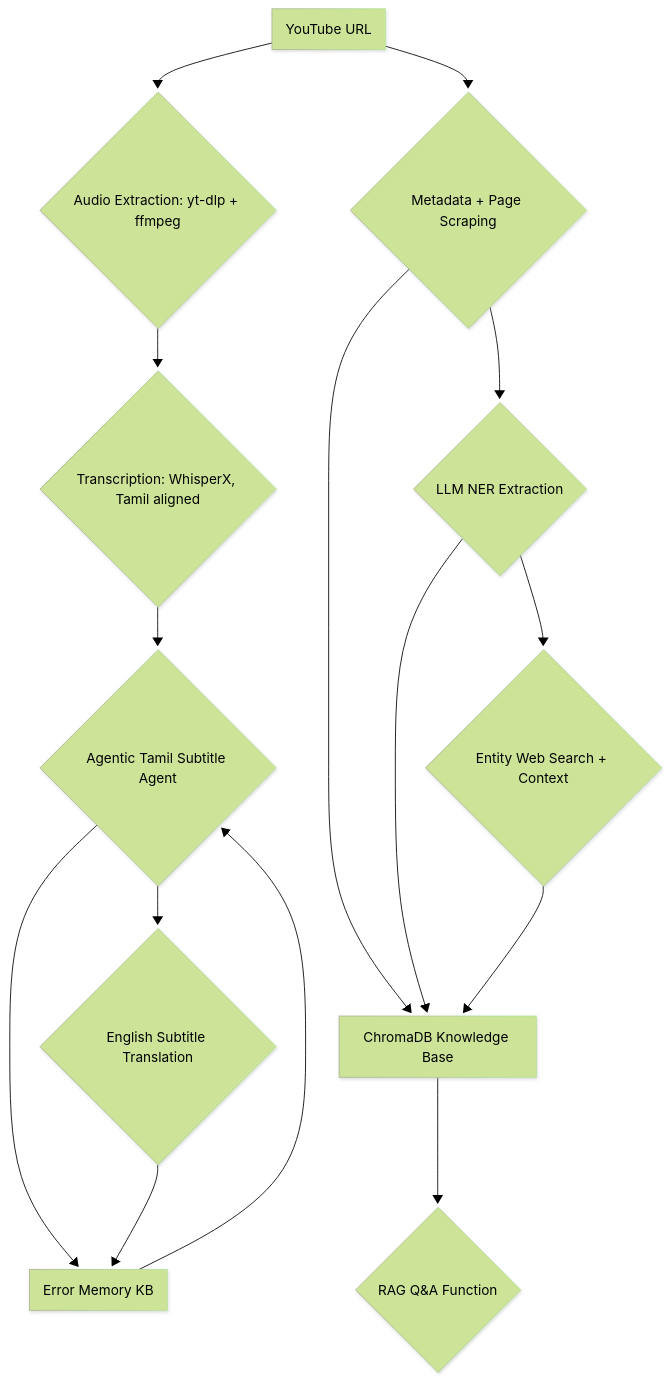
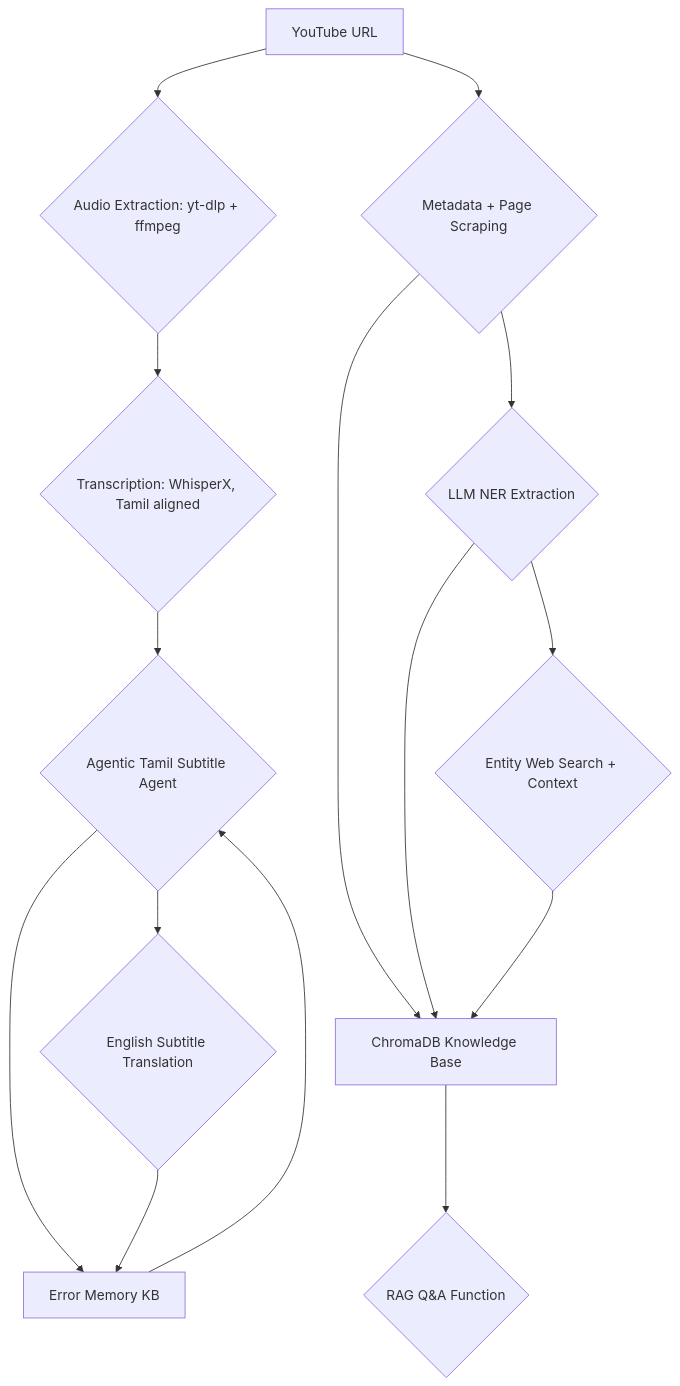
The diagram in README.md (Enian22/tamil_dictationistAI), drawn with Mermaid before and after one commit. The commit also changed other lines of this file, not shown here.

````diff
--- a/README.md
+++ b/README.md
@@ -25,20 +24,20 @@
 ```mermaid
 ---
 config:
-  theme: forest
-  look: neo
+  theme: mc
+  look: classic
   layout: dagre
 ---
 flowchart TD
     A["YouTube URL"] --> B{"Audio Extraction: yt-dlp + ffmpeg"} & D{"Metadata + Page Scraping"}
     B --> C{"Transcription: WhisperX, Tamil aligned"}
     D --> E{"LLM NER Extraction"} & J["ChromaDB Knowledge Base"]
     E --> F{"Entity Web Search + Context"} & J
     C --> G{"Agentic Tamil Subtitle Agent"}
     G --> H{"English Subtitle Translation"} & I["Error Memory KB"]
     H --> I
     F --> J
     J --> K{"RAG Q&A Function"}
     I --> G
 
 ```
````
